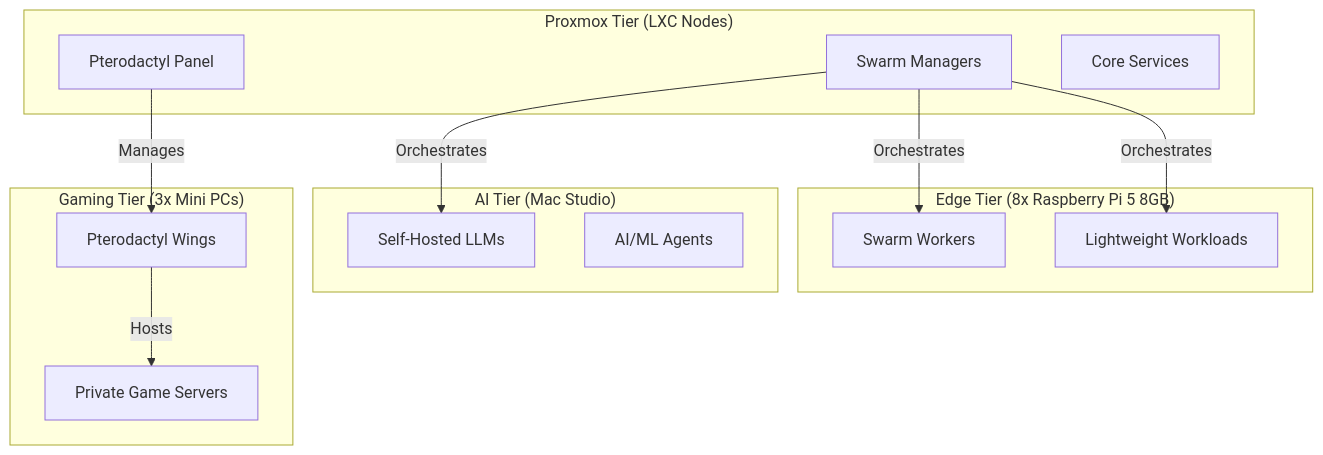
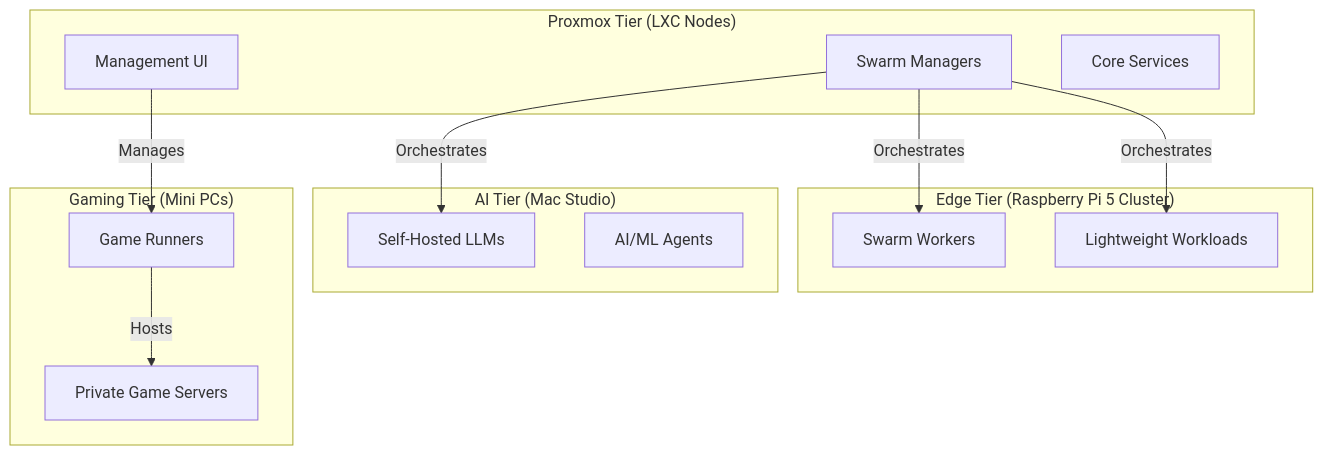
One commit to soriPhoono/cluster changed the diagram in README.md. Above: the diagram before and after it, drawn with Mermaid. The commit also changed other lines of this file and 3 other files, not shown here.

````diff
--- a/README.md
+++ b/README.md
@@ -9,29 +9,29 @@
 ```mermaid
 graph TD
     subgraph "Proxmox Tier (LXC Nodes)"
         M[Swarm Managers]
-        P[Pterodactyl Panel]
+        P[Management UI]
         CS[Core Services]
     end
 
-    subgraph "Edge Tier (8x Raspberry Pi 5 8GB)"
+    subgraph "Edge Tier (Raspberry Pi 5 Cluster)"
         W[Swarm Workers]
         LW[Lightweight Workloads]
     end
 
     subgraph "AI Tier (Mac Studio)"
         LLM[Self-Hosted LLMs]
         AI[AI/ML Agents]
     end
 
-    subgraph "Gaming Tier (3x Mini PCs)"
-        G[Pterodactyl Wings]
+    subgraph "Gaming Tier (Mini PCs)"
+        G[Game Runners]
         GS[Private Game Servers]
     end
 
     M -- Orchestrates --> W
     M -- Orchestrates --> LW
     M -- Orchestrates --> LLM
     P -- Manages --> G
     G -- Hosts --> GS
 ```
````
